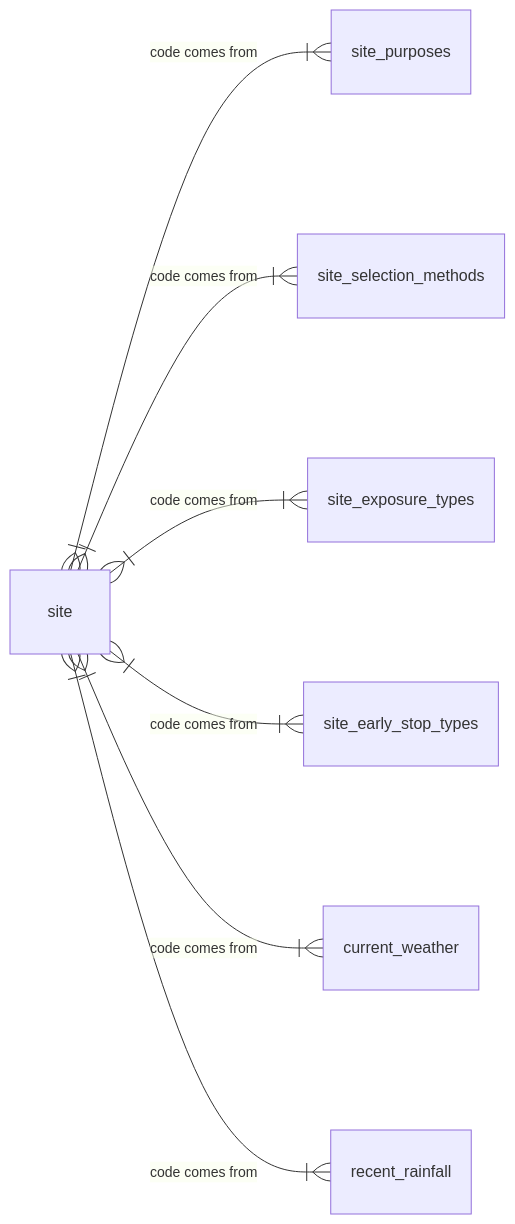
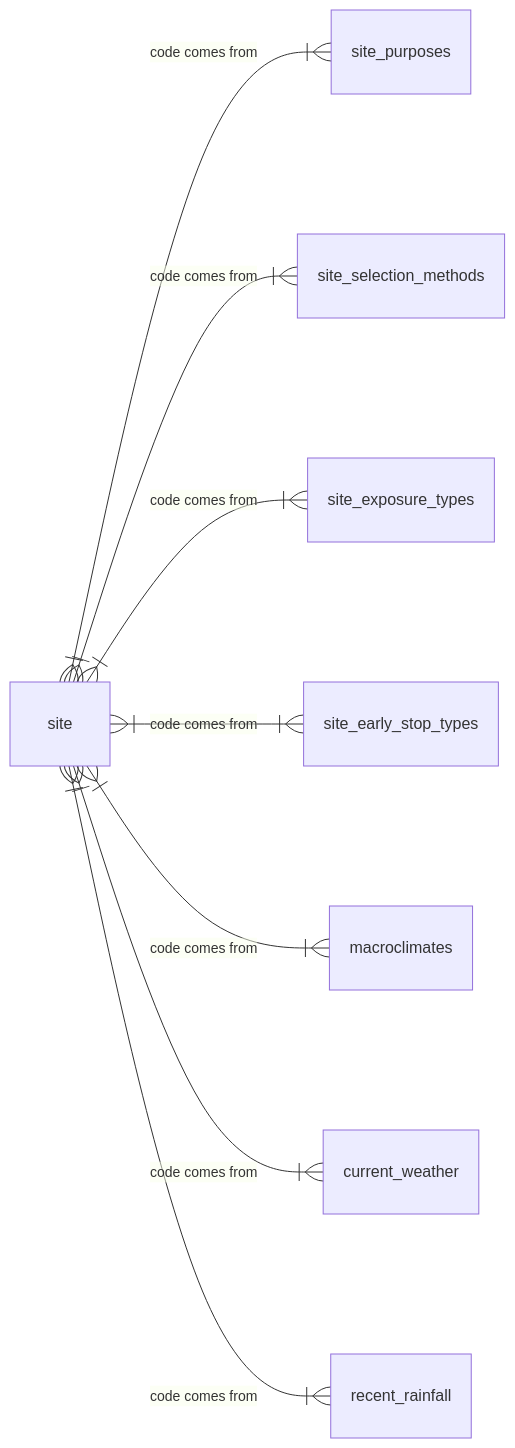
Before and after one commit to manaakiwhenua/NZ_soildesc_2024: the fourth of 27 diagrams in ap_03_database_design.qmd, drawn with Mermaid. The commit also changed other lines of this file, not shown here.

````diff
--- a/ap_03_database_design.qmd
+++ b/ap_03_database_design.qmd
@@ -307,14 +307,15 @@
 ```{mermaid}
 %%| label: fig-msiteo
 %%| fig-cap: "Site - Overview"
 
 erDiagram
   direction LR
   site }|--|{ site_purposes : "code comes from"
   site }|--|{ site_selection_methods : "code comes from"
   site }|--|{ site_exposure_types : "code comes from"
   site }|--|{ site_early_stop_types : "code comes from"
+  site }|--|{ macroclimates : "code comes from"
   site }|--|{ current_weather : "code comes from"
   site }|--|{ recent_rainfall : "code comes from"
 
 ```
````
